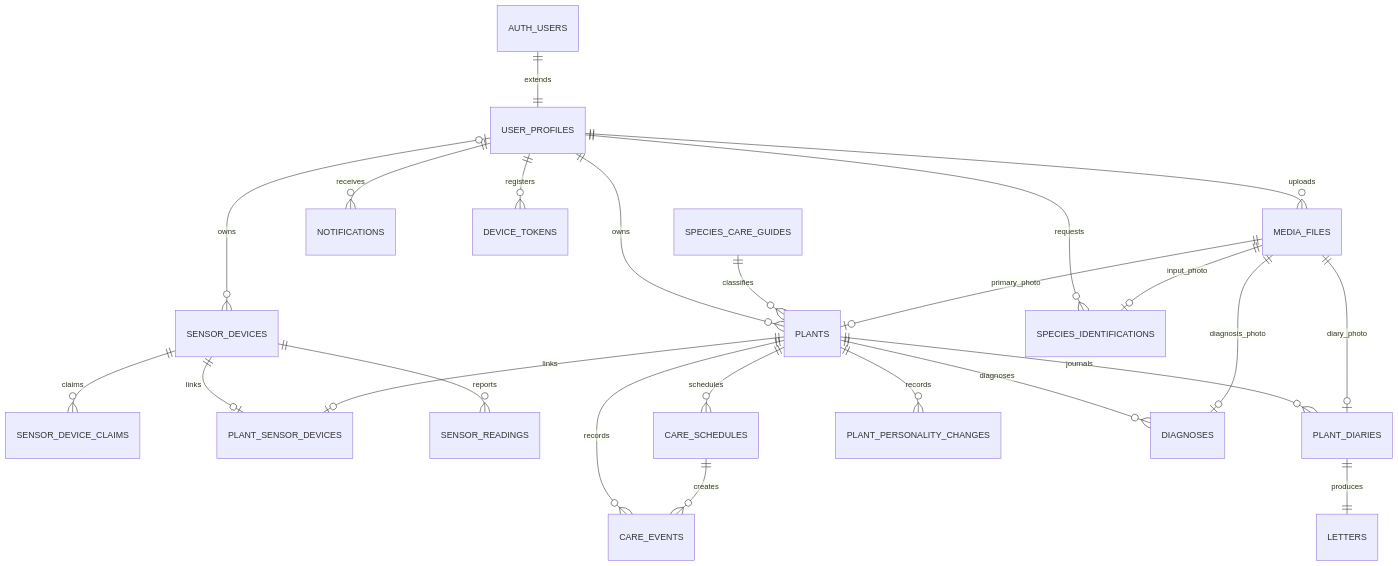
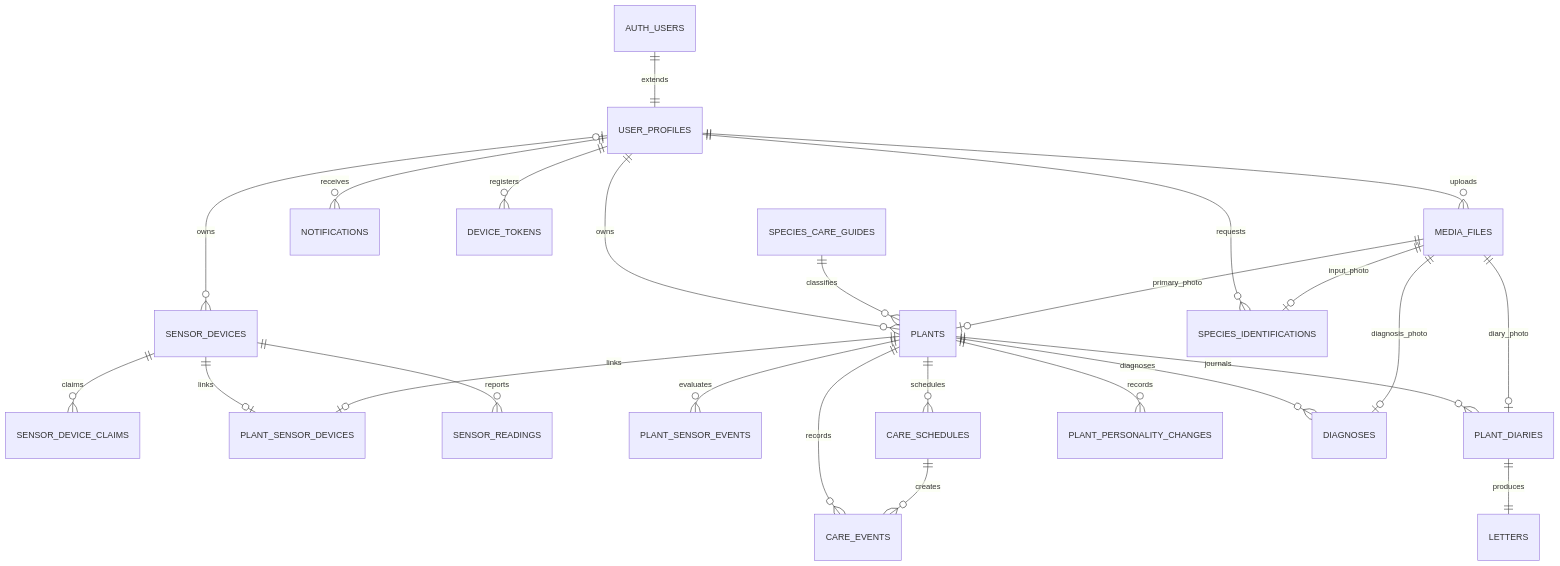
The diagram in docs/erd.md (YuEngMe/Leafie), drawn with Mermaid before and after one commit. The commit also changed other lines of this file and 23 other files, not shown here.

````diff
--- a/docs/erd.md
+++ b/docs/erd.md
@@ -12,26 +12,27 @@
 ```mermaid
 erDiagram
     AUTH_USERS ||--|| USER_PROFILES : extends
     USER_PROFILES ||--o{ PLANTS : owns
     USER_PROFILES ||--o{ MEDIA_FILES : uploads
     USER_PROFILES ||--o{ NOTIFICATIONS : receives
     USER_PROFILES ||--o{ DEVICE_TOKENS : registers
     USER_PROFILES |o--o{ SENSOR_DEVICES : owns
     SENSOR_DEVICES ||--o{ SENSOR_DEVICE_CLAIMS : claims
     SENSOR_DEVICES ||--o| PLANT_SENSOR_DEVICES : links
     PLANTS ||--o| PLANT_SENSOR_DEVICES : links
     SENSOR_DEVICES ||--o{ SENSOR_READINGS : reports
+    PLANTS ||--o{ PLANT_SENSOR_EVENTS : evaluates
     SPECIES_CARE_GUIDES ||--o{ PLANTS : classifies
     PLANTS ||--o{ CARE_SCHEDULES : schedules
     PLANTS ||--o{ CARE_EVENTS : records
     CARE_SCHEDULES ||--o{ CARE_EVENTS : creates
     PLANTS ||--o{ PLANT_DIARIES : journals
     PLANTS ||--o{ PLANT_PERSONALITY_CHANGES : records
     PLANT_DIARIES ||--|| LETTERS : produces
     PLANTS ||--o{ DIAGNOSES : diagnoses
     USER_PROFILES ||--o{ SPECIES_IDENTIFICATIONS : requests
     MEDIA_FILES ||--o| PLANTS : primary_photo
     MEDIA_FILES ||--o| PLANT_DIARIES : diary_photo
     MEDIA_FILES ||--o| DIAGNOSES : diagnosis_photo
     MEDIA_FILES ||--o| SPECIES_IDENTIFICATIONS : input_photo
 ```
````
